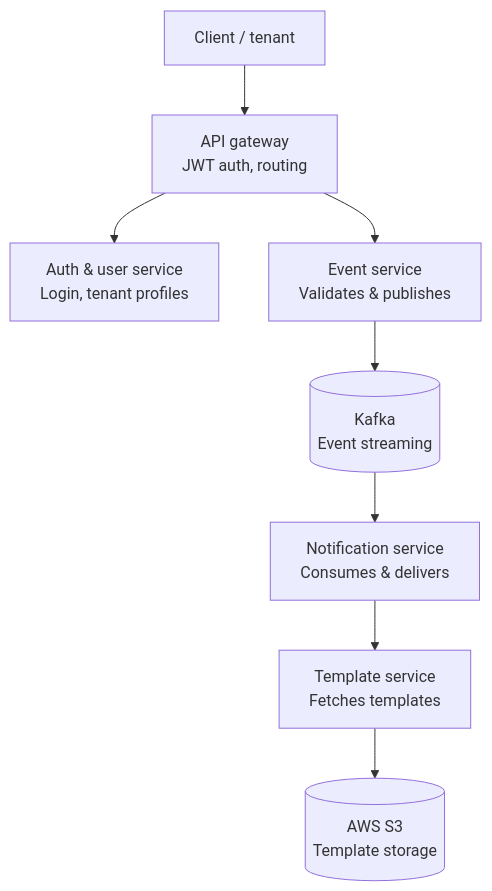
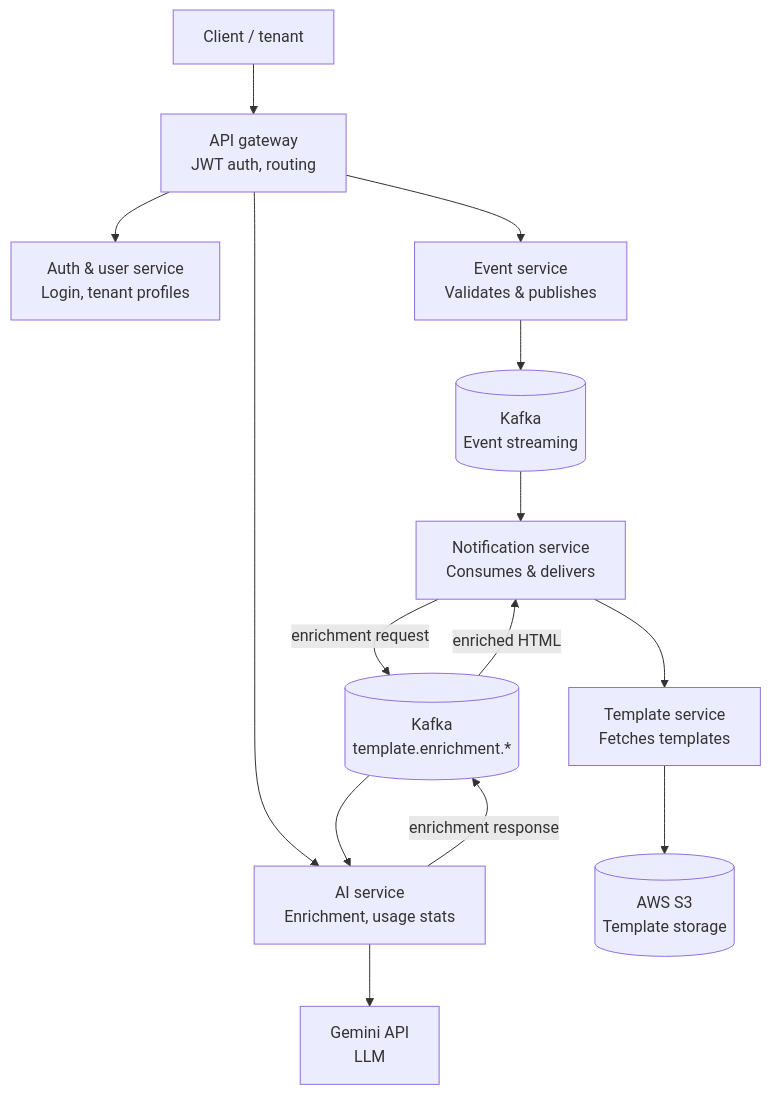
The diagram in README.md (Kalyan-Mandhula-Dev/NotifyHub), drawn with Mermaid before and after one commit. The commit also changed other lines of this file and 1 other file, not shown here.

Commit message:
Update README and Postman collection for AI enrichment and usage stats

````diff
--- a/README.md
+++ b/README.md
@@ -30,10 +33,16 @@
 ```mermaid
 flowchart TB
     Client["Client / tenant"] --> Gateway["API gateway<br/>JWT auth, routing"]
     Gateway --> Auth["Auth & user service<br/>Login, tenant profiles"]
     Gateway --> Event["Event service<br/>Validates & publishes"]
+    Gateway --> AI["AI service<br/>Enrichment, usage stats"]
     Event --> Kafka[("Kafka<br/>Event streaming")]
     Kafka --> Notif["Notification service<br/>Consumes & delivers"]
     Notif --> Template["Template service<br/>Fetches templates"]
     Template --> S3[("AWS S3<br/>Template storage")]
+    Notif -->|"enrichment request"| EKafka[("Kafka<br/>template.enrichment.*")]
+    EKafka --> AI
+    AI --> Gemini["Gemini API<br/>LLM"]
+    AI -->|"enrichment response"| EKafka
+    EKafka -->|"enriched HTML"| Notif
 ```
````
